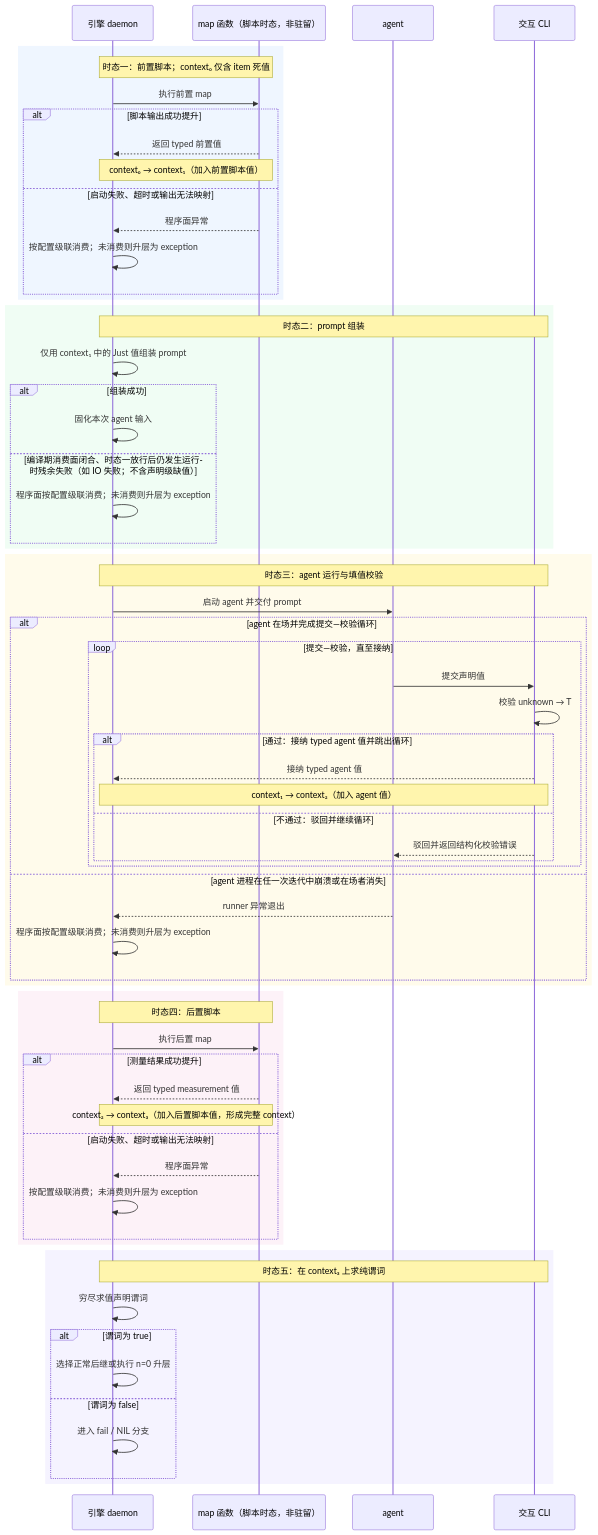
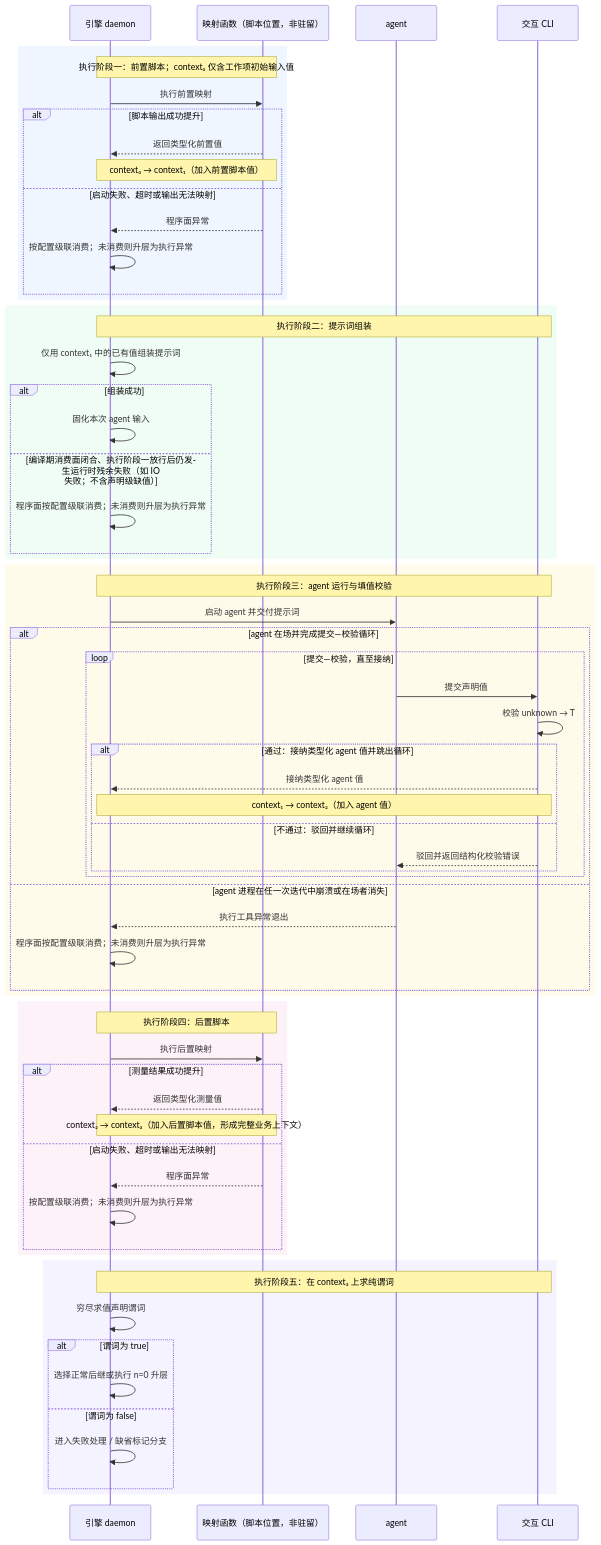
One commit to mouriya-s-lab/coder-loop changed the first of 7 diagrams in v3-issue/A.md. Above: the diagram before and after it, drawn with Mermaid. The commit also changed other lines of this file and 2 other files, not shown here.

````diff
--- a/v3-issue/A.md
+++ b/v3-issue/A.md
@@ -49,66 +99,67 @@
 ```mermaid
 sequenceDiagram
     participant D as 引擎 daemon
-    participant M as map 函数（脚本时态，非驻留）
+    participant M as 映射函数（脚本位置，非驻留）
     participant A as agent
     participant C as 交互 CLI
     rect rgb(239, 246, 255)
-        Note over D,M: 时态一：前置脚本；context₀ 仅含 item 死值
-        D->>M: 执行前置 map
+        Note over D,M: 执行阶段一：前置脚本；context₀ 仅含工作项初始输入值
+        D->>M: 执行前置映射
         alt 脚本输出成功提升
-            M-->>D: 返回 typed 前置值
+            M-->>D: 返回类型化前置值
             Note over D,M: context₀ → context₁（加入前置脚本值）
         else 启动失败、超时或输出无法映射
             M-->>D: 程序面异常
-            D->>D: 按配置级联消费；未消费则升层为 exception
+            D->>D: 按配置级联消费；未消费则升层为执行异常
         end
     end
     rect rgb(240, 253, 244)
-        Note over D,C: 时态二：prompt 组装
-        D->>D: 仅用 context₁ 中的 Just 值组装 prompt
+        Note over D,C: 执行阶段二：提示词组装
+        D->>D: 仅用 context₁ 中的已有值组装提示词
         alt 组装成功
             D->>D: 固化本次 agent 输入
-        else 编译期消费面闭合、时态一放行后仍发生运行时残余失败（如 IO 失败；不含声明级缺值）
-            D->>D: 程序面按配置级联消费；未消费则升层为 exception
+        else 编译期消费面闭合、执行阶段一放行后仍发生运行时残余失败（如 IO 失败；不含声明级缺值）
+            D->>D: 程序面按配置级联消费；未消费则升层为执行异常
         end
     end
     rect rgb(255, 251, 235)
-        Note over D,C: 时态三：agent 运行与填值校验
-        D->>A: 启动 agent 并交付 prompt
+        Note over D,C: 执行阶段三：agent 运行与填值校验
+        D->>A: 启动 agent 并交付提示词
         alt agent 在场并完成提交—校验循环
             loop 提交—校验，直至接纳
                 A->>C: 提交声明值
                 C->>C: 校验 unknown → T
-                alt 通过：接纳 typed agent 值并跳出循环
-                    C-->>D: 接纳 typed agent 值
+                alt 通过：接纳类型化 agent 值并跳出循环
+                    C-->>D: 接纳类型化 agent 值
                     Note over D,C: context₁ → context₂（加入 agent 值）
                 else 不通过：驳回并继续循环
                     C-->>A: 驳回并返回结构化校验错误
                 end
             end
         else agent 进程在任一次迭代中崩溃或在场者消失
-            A-->>D: runner 异常退出
-            D->>D: 程序面按配置级联消费；未消费则升层为 exception
+            A-->>D: 执行工具异常退出
+            D->>D: 程序面按配置级联消费；未消费则升层为执行异常
         end
     end
     rect rgb(253, 242, 248)
-        Note over D,M: 时态四：后置脚本
-        D->>M: 执行后置 map
+        Note over D,M: 执行阶段四：后置脚本
+        D->>M: 执行后置映射
         alt 测量结果成功提升
-            M-->>D: 返回 typed measurement 值
-            Note over D,M: context₂ → context₃（加入后置脚本值，形成完整 context）
+            M-->>D: 返回类型化测量值
+            Note over D,M: context₂ → context₃（加入后置脚本值，形成完整业务上下文）
         else 启动失败、超时或输出无法映射
             M-->>D: 程序面异常
-            D->>D: 按配置级联消费；未消费则升层为 exception
+            D->>D: 按配置级联消费；未消费则升层为执行异常
         end
     end
     rect rgb(245, 243, 255)
-        Note over D,C: 时态五：在 context₃ 上求纯谓词
+        Note over D,C: 执行阶段五：在 context₃ 上求纯谓词
         D->>D: 穷尽求值声明谓词
         alt 谓词为 true
             D->>D: 选择正常后继或执行 n=0 升层
         else 谓词为 false
-            D->>D: 进入 fail / NIL 分支
+            D->>D: 进入失败处理 / 缺省标记分支
         end
     end
+
 ```
````
